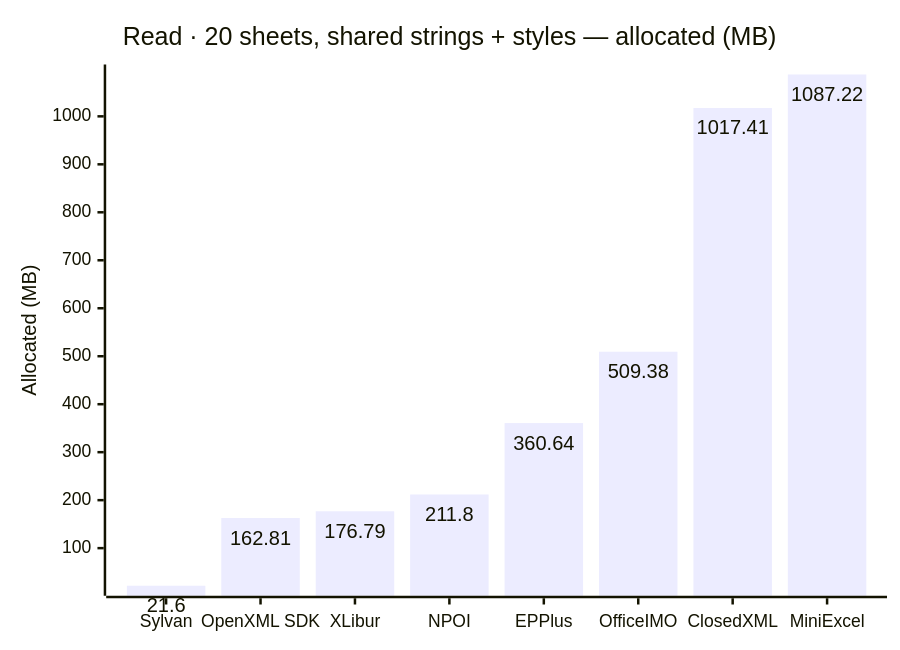
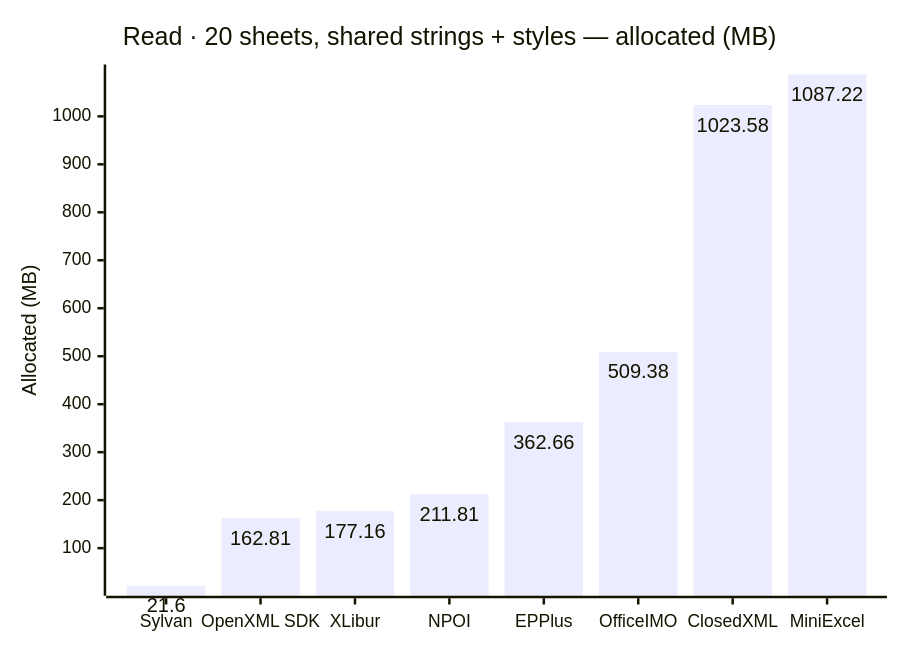
Before and after one commit to jafin/XLBench: the sixth of 18 diagrams in docs/results-ci.md, drawn with Mermaid. The commit also changed other lines of this file, not shown here.

````diff
--- a/docs/results-ci.md
+++ b/docs/results-ci.md
@@ -108,12 +108,12 @@
 ```mermaid
 ---
 config:
   xyChart:
     showDataLabel: true
 ---
 xychart-beta
     title "Read · 20 sheets, shared strings + styles — allocated (MB)"
     x-axis ["Sylvan", "OpenXML SDK", "XLibur", "NPOI", "EPPlus", "OfficeIMO", "ClosedXML", "MiniExcel"]
     y-axis "Allocated (MB)"
-    bar [21.6, 162.81, 176.79, 211.8, 360.64, 509.38, 1017.41, 1087.22]
+    bar [21.6, 162.81, 177.16, 211.81, 362.66, 509.38, 1023.58, 1087.22]
 ```
````
